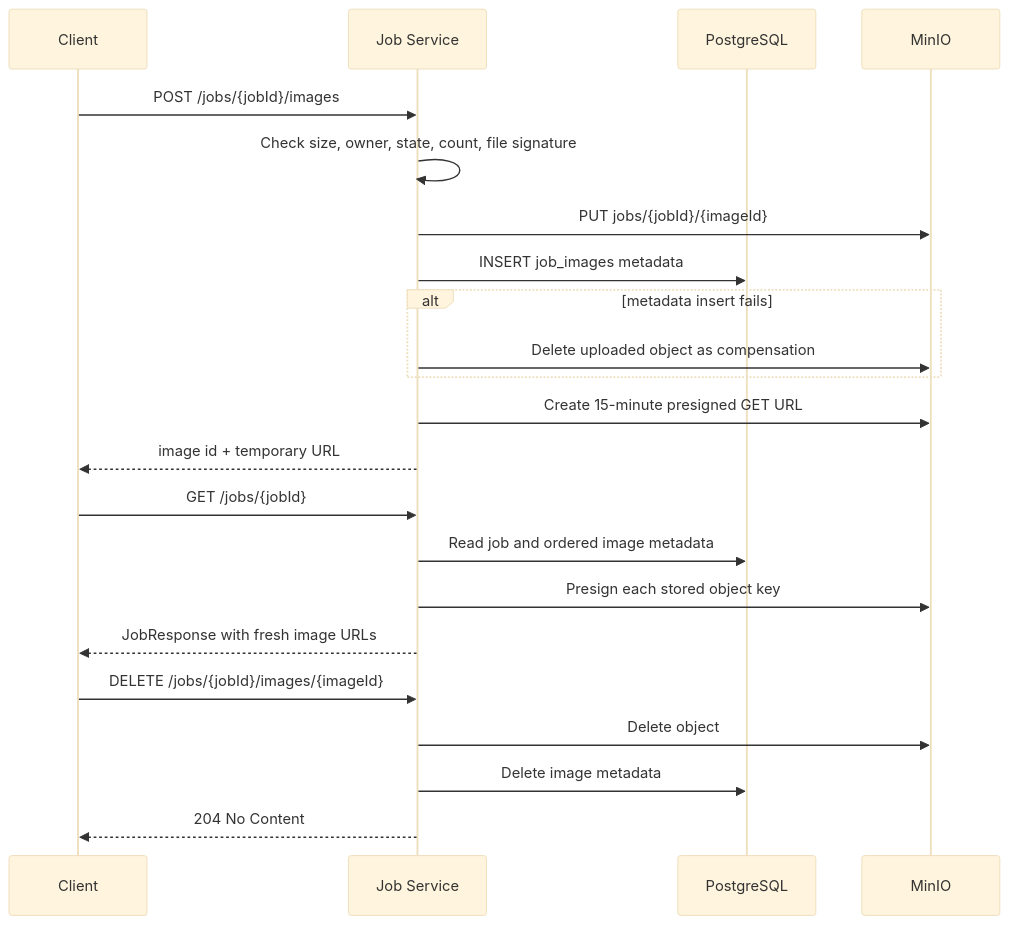
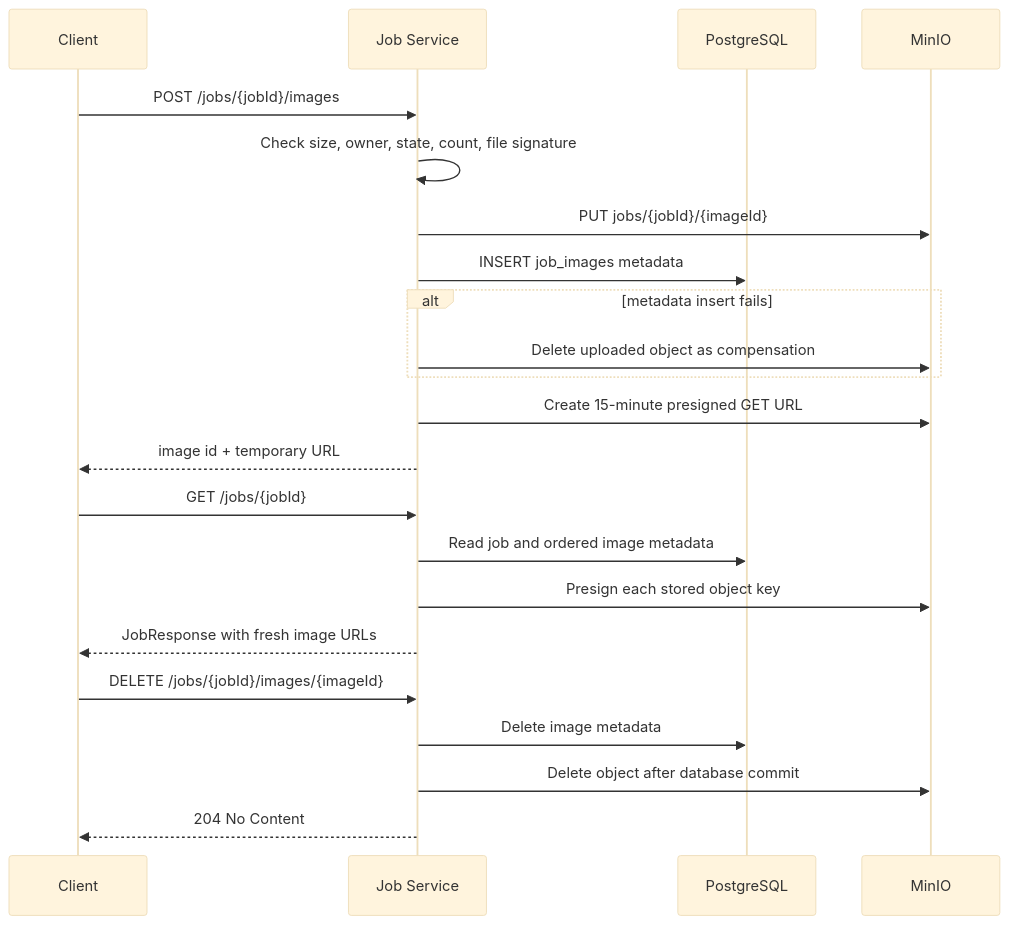
One commit to hamzaboutaleb/7irafi changed the fifth of 6 diagrams in docs/development/job-service-architecture.md. Above: the diagram before and after it, drawn with Mermaid (base theme). The commit also changed other lines of this file, not shown here.

Commit message:
docs(job): update service architecture

````diff
--- a/docs/development/job-service-architecture.md
+++ b/docs/development/job-service-architecture.md
@@ -340,27 +347,27 @@
 ```mermaid
 sequenceDiagram
     participant Client
     participant JS as Job Service
     participant DB as PostgreSQL
     participant S3 as MinIO
 
     Client->>JS: POST /jobs/{jobId}/images
     JS->>JS: Check size, owner, state, count, file signature
     JS->>S3: PUT jobs/{jobId}/{imageId}
     JS->>DB: INSERT job_images metadata
     alt metadata insert fails
         JS->>S3: Delete uploaded object as compensation
     end
     JS->>S3: Create 15-minute presigned GET URL
     JS-->>Client: image id + temporary URL
 
     Client->>JS: GET /jobs/{jobId}
     JS->>DB: Read job and ordered image metadata
     JS->>S3: Presign each stored object key
     JS-->>Client: JobResponse with fresh image URLs
 
     Client->>JS: DELETE /jobs/{jobId}/images/{imageId}
-    JS->>S3: Delete object
     JS->>DB: Delete image metadata
+    JS->>S3: Delete object after database commit
     JS-->>Client: 204 No Content
 ```
````
